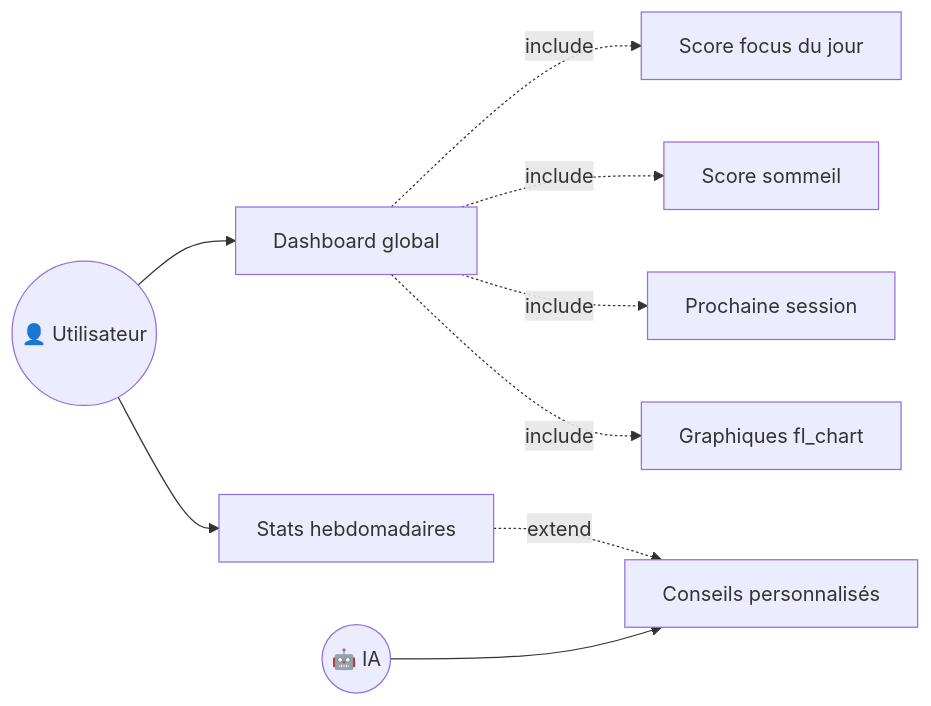
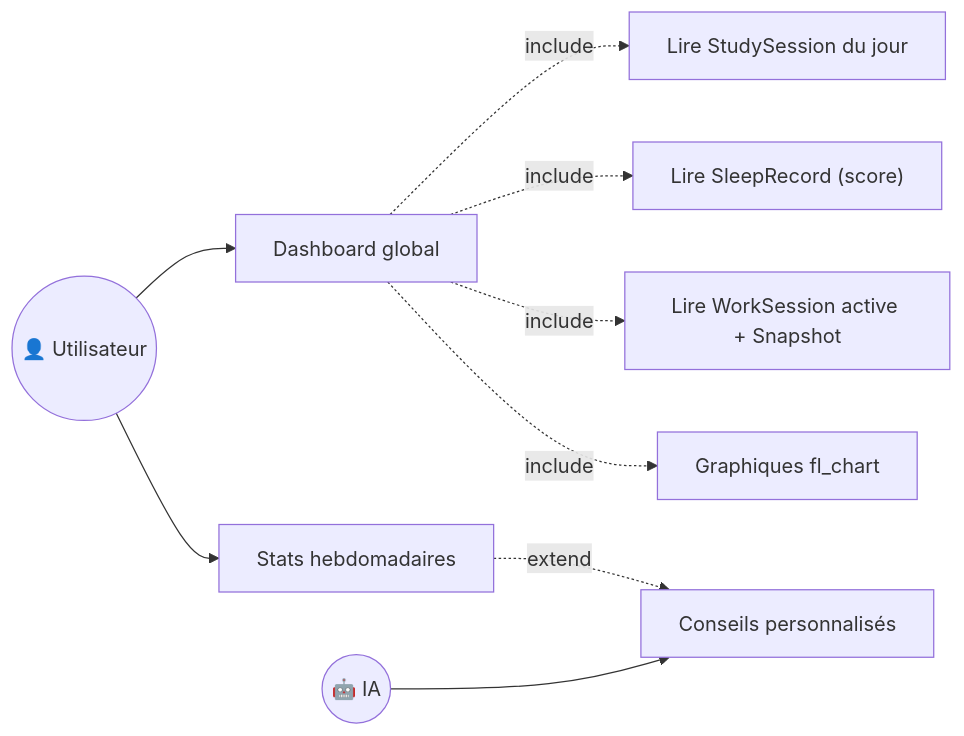
Before and after one commit to Jkacem/smart_focus: the tenth of 10 diagrams in docs/Conception_CasUtilisation.md, drawn with Mermaid. The commit also changed other lines of this file and 31 other files, not shown here.

````diff
--- a/docs/Conception_CasUtilisation.md
+++ b/docs/Conception_CasUtilisation.md
@@ -703,25 +578,25 @@
 ```mermaid
 graph LR
     User(("👤 Utilisateur"))
     IA(("🤖 IA"))
 
     UC27["Dashboard global"]
     UC28["Stats hebdomadaires"]
     UC29["Conseils personnalisés"]
 
-    UC27a["Score focus du jour"]
-    UC27b["Score sommeil"]
-    UC27c["Prochaine session"]
+    UC27a["Lire StudySession du jour"]
+    UC27b["Lire SleepRecord (score)"]
+    UC27c["Lire WorkSession active + Snapshot"]
     UC27d["Graphiques fl_chart"]
 
     User --> UC27
     User --> UC28
 
     UC27 -.->|include| UC27a
     UC27 -.->|include| UC27b
     UC27 -.->|include| UC27c
     UC27 -.->|include| UC27d
 
     UC28 -.->|extend| UC29
     IA --> UC29
 ```
````
